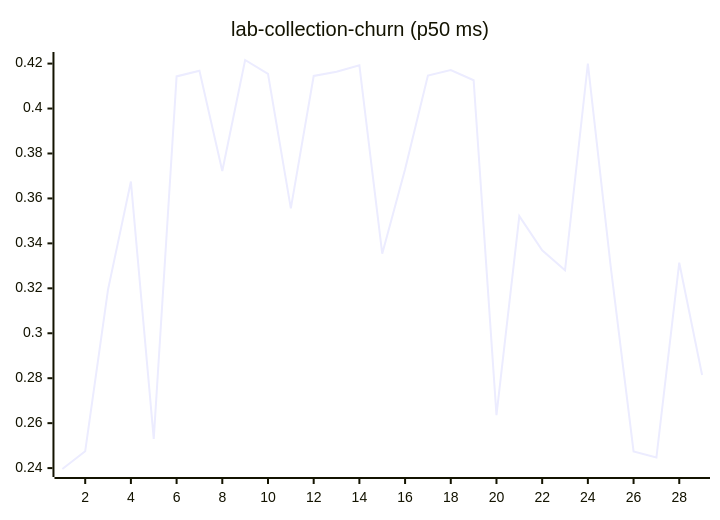
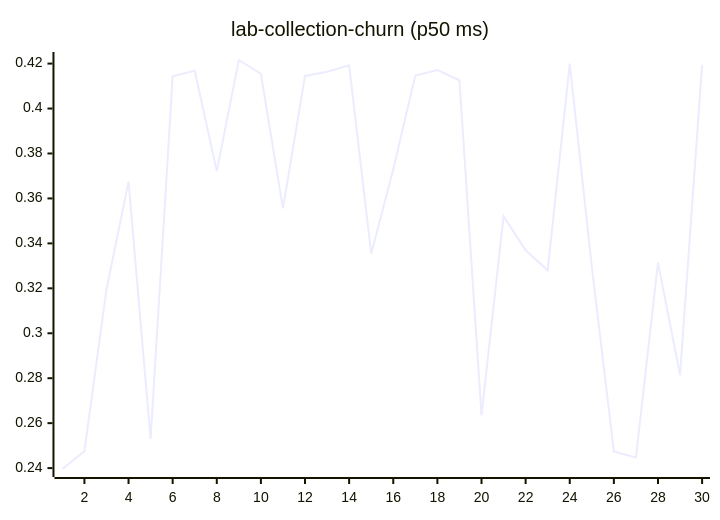
One commit to josha/Facet changed diagram 11 of 27 in README.md. Above: the diagram before and after it, drawn with Mermaid. The commit also changed other lines of this file and 2 other files, not shown here.

````diff
--- a/README.md
+++ b/README.md
@@ -133,6 +133,6 @@
 ```mermaid
 xychart-beta
     title "lab-collection-churn (p50 ms)"
-    x-axis 1 --> 29
-    line [0.2396, 0.2475, 0.3195, 0.3675, 0.2530, 0.4143, 0.4168, 0.3722, 0.4216, 0.4154, 0.3556, 0.4145, 0.4164, 0.4192, 0.3354, 0.3730, 0.4147, 0.4171, 0.4126, 0.2636, 0.3521, 0.3369, 0.3280, 0.4200, 0.3297, 0.2474, 0.2447, 0.3314, 0.2814]
+    x-axis 1 --> 30
+    line [0.2396, 0.2475, 0.3195, 0.3675, 0.2530, 0.4143, 0.4168, 0.3722, 0.4216, 0.4154, 0.3556, 0.4145, 0.4164, 0.4192, 0.3354, 0.3730, 0.4147, 0.4171, 0.4126, 0.2636, 0.3521, 0.3369, 0.3280, 0.4200, 0.3297, 0.2474, 0.2447, 0.3314, 0.2814, 0.4194]
 ```
````
